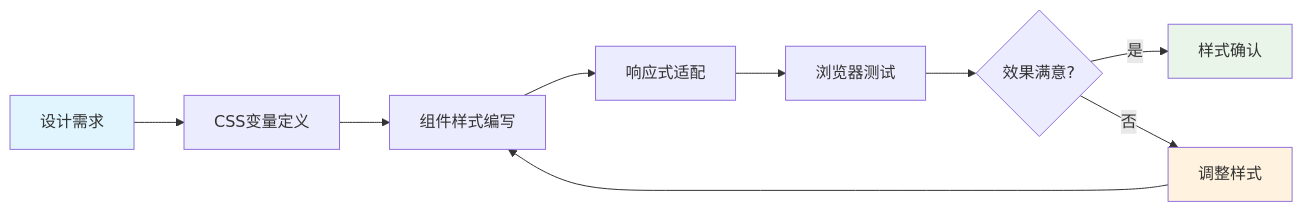
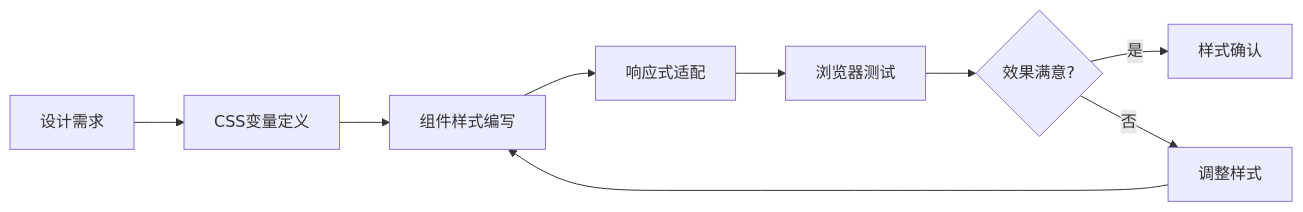
One commit to ChanMeng666/ai-programming-teaching-project changed the sixth of 10 diagrams in versioned_docs/version-2024-winter/tutorials/docusaurus-tutorial.mdx. Above: the diagram before and after it, drawn with Mermaid. The commit also changed other lines of this file and 94 other files, not shown here.

First line of the commit message:
refactor(docs): unify MDX style and add Mermaid dual-view component

````diff
--- a/versioned_docs/version-2024-winter/tutorials/docusaurus-tutorial.mdx
+++ b/versioned_docs/version-2024-winter/tutorials/docusaurus-tutorial.mdx
@@ -530,15 +495,11 @@
 ```mermaid
 graph LR
     A[设计需求] --> B[CSS变量定义]
     B --> C[组件样式编写]
     C --> D[响应式适配]
     D --> E[浏览器测试]
     E --> F{效果满意?}
     F -->|是| G[样式确认]
     F -->|否| H[调整样式]
     H --> C
-    
-    style A fill:#e1f5fe
-    style G fill:#e8f5e8
-    style H fill:#fff3e0
 ```
````
